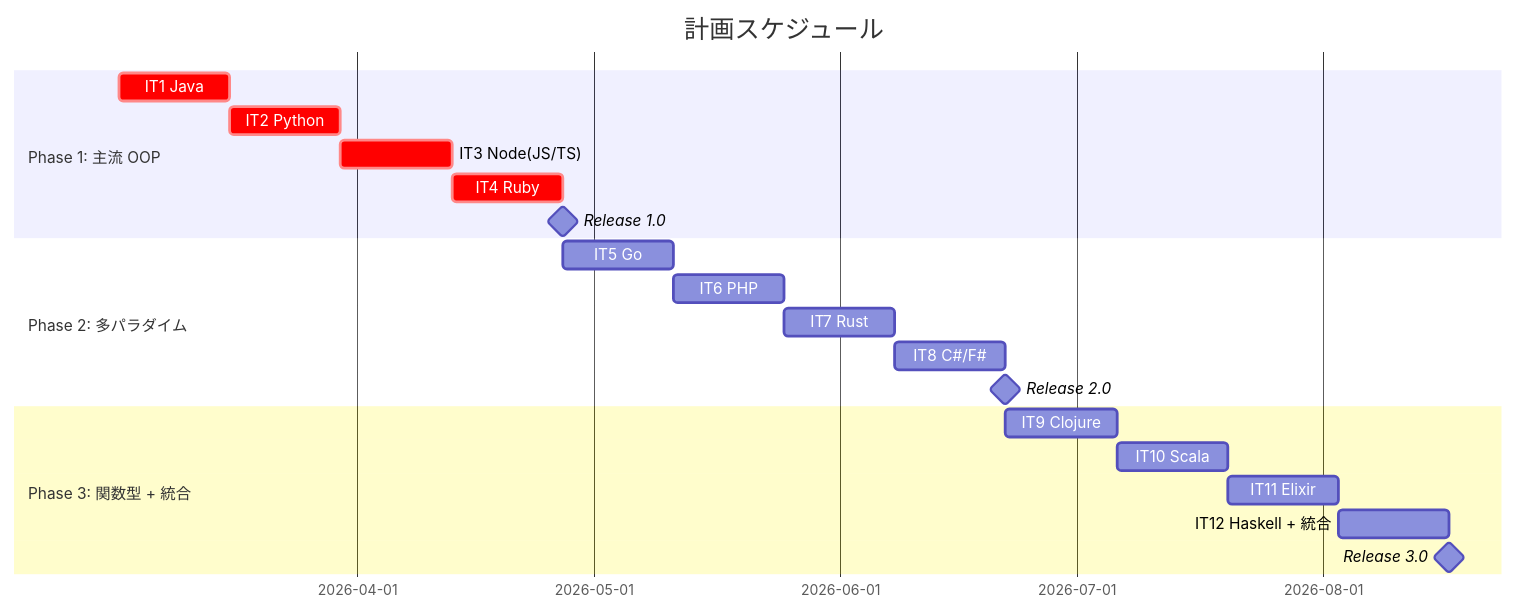
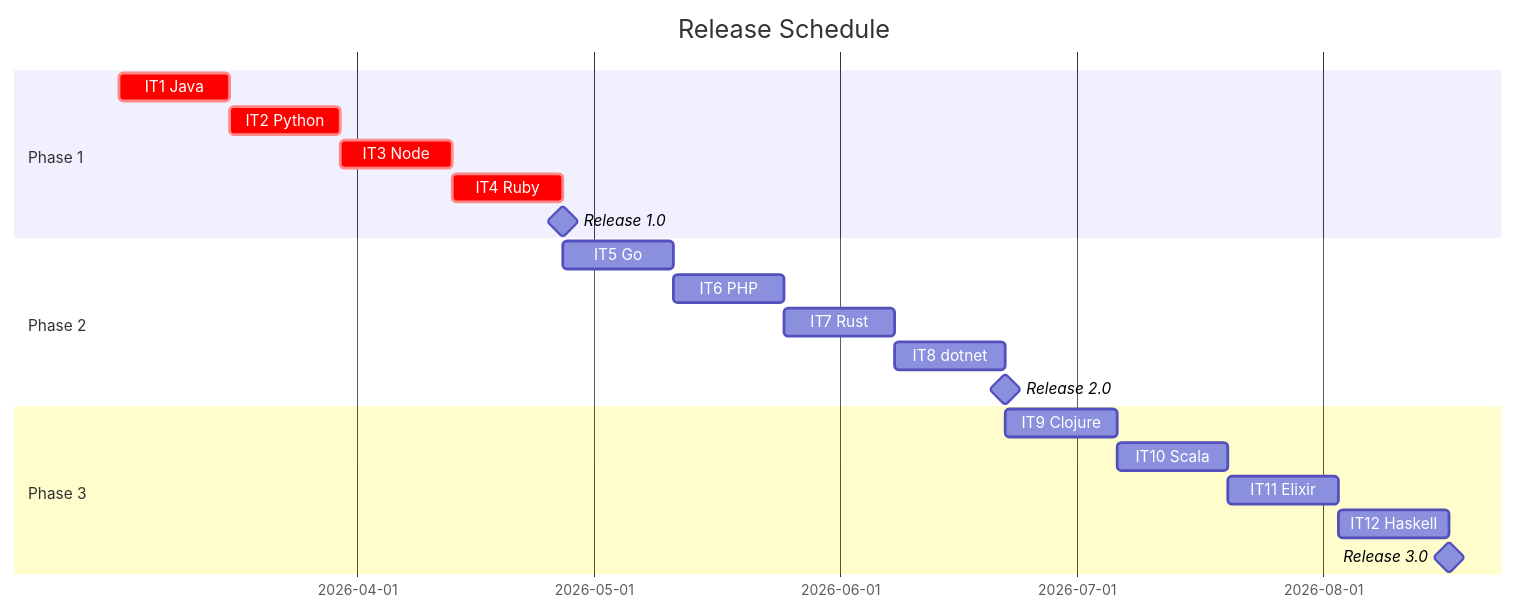
The diagram in docs/development/release_plan.md (k2works/getting-started-tdd), drawn with Mermaid before and after one commit. The commit also changed other lines of this file and 14 other files, not shown here.

First line of the commit message:
fix(docs): mermaid 10.6.1 非対応の xychart-beta をテーブルに置換

````diff
--- a/docs/development/release_plan.md
+++ b/docs/development/release_plan.md
@@ -135,23 +135,23 @@
 ```mermaid
 gantt
-    title 計画スケジュール
+    title Release Schedule
     dateFormat  YYYY-MM-DD
-    section Phase 1: 主流 OOP
+    section Phase 1
     IT1 Java              :crit, p1-1, 2026-03-02, 14d
     IT2 Python             :crit, p1-2, after p1-1, 14d
-    IT3 Node(JS/TS)        :crit, p1-3, after p1-2, 14d
+    IT3 Node               :crit, p1-3, after p1-2, 14d
     IT4 Ruby               :crit, p1-4, after p1-3, 14d
     Release 1.0            :milestone, m1, after p1-4, 0d
-    section Phase 2: 多パラダイム
+    section Phase 2
     IT5 Go                 :p2-1, after p1-4, 14d
     IT6 PHP                :p2-2, after p2-1, 14d
     IT7 Rust               :p2-3, after p2-2, 14d
-    IT8 C#/F#              :p2-4, after p2-3, 14d
+    IT8 dotnet             :p2-4, after p2-3, 14d
     Release 2.0            :milestone, m2, after p2-4, 0d
-    section Phase 3: 関数型 + 統合
+    section Phase 3
     IT9 Clojure            :p3-1, after p2-4, 14d
     IT10 Scala             :p3-2, after p3-1, 14d
     IT11 Elixir            :p3-3, after p3-2, 14d
-    IT12 Haskell + 統合    :p3-4, after p3-3, 14d
+    IT12 Haskell           :p3-4, after p3-3, 14d
     Release 3.0            :milestone, m3, after p3-4, 0d
 ```
````
